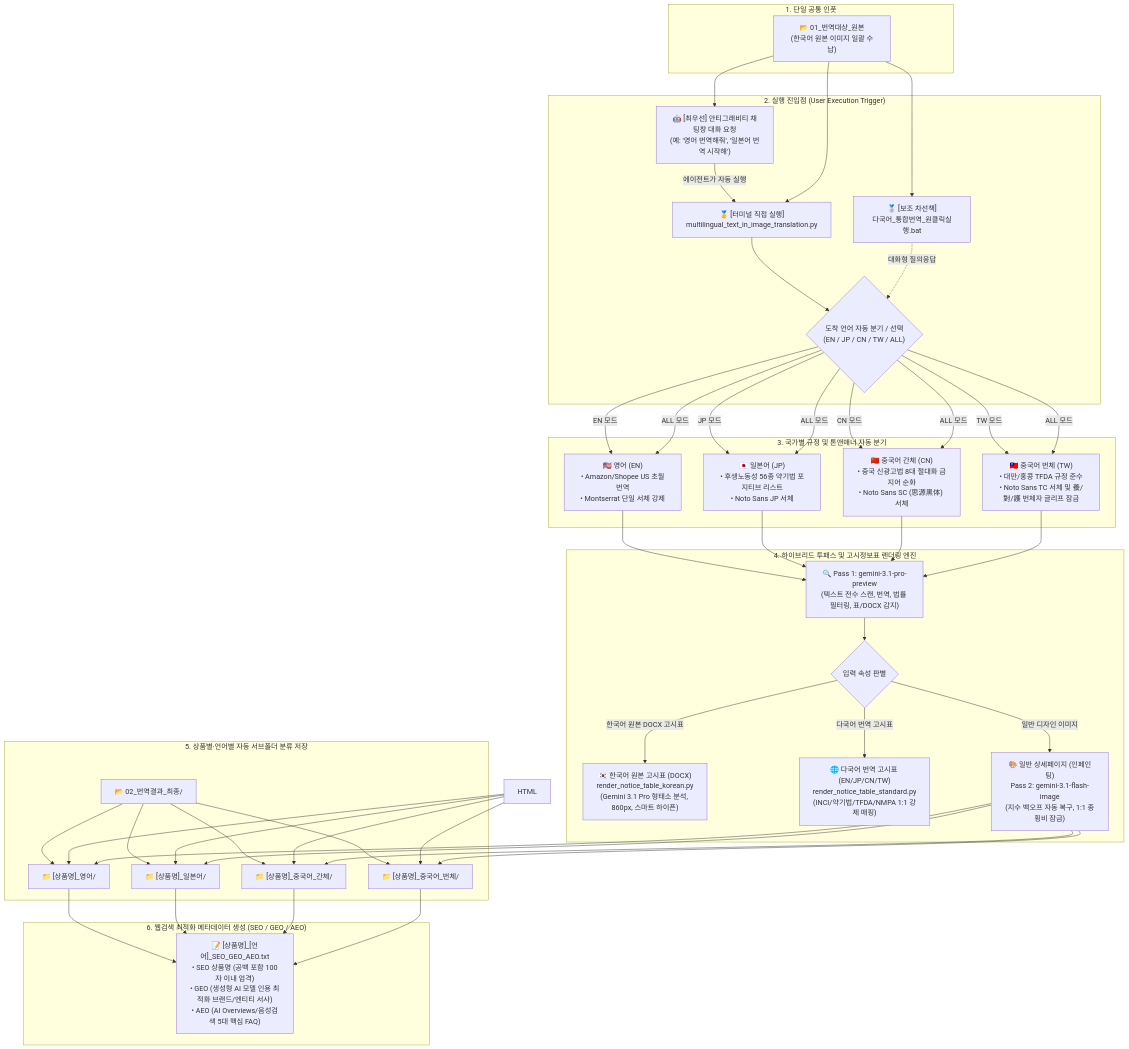
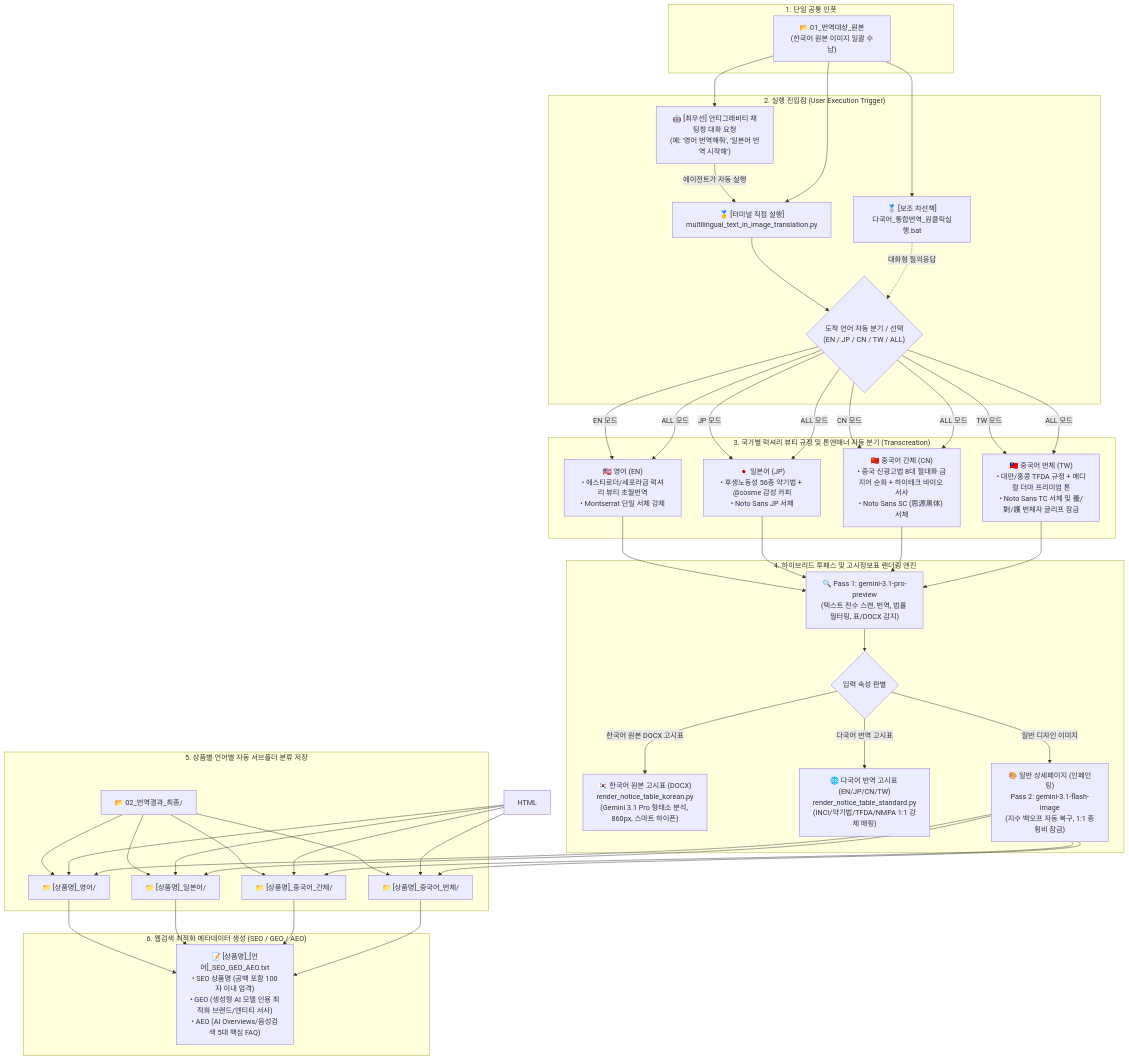
The diagram in multilingual_text_in_image_translation/README.md (euntaewoo/PANDORA), drawn with Mermaid before and after one commit. The commit also changed 6 other files, not shown here.

Commit message:
feat(transcreation): infuse Global Luxury Beauty Transcreation and Compliance architecture across all engines, rules, and tech stacks

````diff
--- a/multilingual_text_in_image_translation/README.md
+++ b/multilingual_text_in_image_translation/README.md
@@ -16,62 +16,62 @@
 ```mermaid
 flowchart TD
     subgraph S1["1. 단일 공통 인풋"]
         IN["📂 01_번역대상_원본<br/>(한국어 원본 이미지 일괄 수납)"]
     end
 
     subgraph S2["2. 실행 진입점 (User Execution Trigger)"]
         AGENT["🤖 [최우선] 안티그래비티 채팅창 대화 요청<br/>(예: '영어 번역해줘', '일본어 번역 시작해')"]
         P_MAIN["🥇 [터미널 직접 실행]<br/>multilingual_text_in_image_translation.py"]
         BAT_SUB["🥈 [보조 차선책]<br/>다국어_통합번역_원클릭실행.bat"]
         
         AGENT -->|에이전트가 자동 실행| P_MAIN
         P_MAIN --> PROMPT{"도착 언어 자동 분기 / 선택<br/>(EN / JP / CN / TW / ALL)"}
         BAT_SUB -.->|대화형 질의응답| PROMPT
     end
 
-    subgraph S3["3. 국가별 규정 및 톤앤매너 자동 분기"]
-        EN["🇺🇸 영어 (EN)<br/>• Amazon/Shopee US 초월번역<br/>• Montserrat 단일 서체 강제"]
-        JP["🇯🇵 일본어 (JP)<br/>• 후생노동성 56종 약기법 포지티브 리스트<br/>• Noto Sans JP 서체"]
-        CN["🇨🇳 중국어 간체 (CN)<br/>• 중국 신광고법 8대 절대화 금지어 순화<br/>• Noto Sans SC (思源黑体) 서체"]
-        TW["🇹🇼 중국어 번체 (TW)<br/>• 대만/홍콩 TFDA 규정 준수<br/>• Noto Sans TC 서체 및 養/對/護 번체자 글리프 잠금"]
+    subgraph S3["3. 국가별 럭셔리 뷰티 규정 및 톤앤매너 자동 분기 (Transcreation)"]
+        EN["🇺🇸 영어 (EN)<br/>• 에스티로더/세포라급 럭셔리 뷰티 초월번역<br/>• Montserrat 단일 서체 강제"]
+        JP["🇯🇵 일본어 (JP)<br/>• 후생노동성 56종 약기법 + @cosme 감성 카피<br/>• Noto Sans JP 서체"]
+        CN["🇨🇳 중국어 간체 (CN)<br/>• 중국 신광고법 8대 절대화 금지어 순화 + 하이테크 바이오 서사<br/>• Noto Sans SC (思源黑体) 서체"]
+        TW["🇹🇼 중국어 번체 (TW)<br/>• 대만/홍콩 TFDA 규정 + 메디컬 더마 프리미엄 톤<br/>• Noto Sans TC 서체 및 養/對/護 번체자 글리프 잠금"]
     end
 
     subgraph S4["4. 하이브리드 투패스 및 고시정보표 렌더링 엔진"]
         P1["🔍 Pass 1: gemini-3.1-pro-preview<br/>(텍스트 전수 스캔, 번역, 법률 필터링, 표/DOCX 감지)"]
         DECIDE{"입력 속성 판별"}
         
         HTML_KR["🇰🇷 한국어 원본 고시표 (DOCX)<br/>render_notice_table_korean.py<br/>(Gemini 3.1 Pro 형태소 분석, 860px, 스마트 하이픈)"]
         HTML_MULTI["🌐 다국어 번역 고시표 (EN/JP/CN/TW)<br/>render_notice_table_standard.py<br/>(INCI/약기법/TFDA/NMPA 1:1 강제 매핑)"]
         P2["🎨 일반 상세페이지 (인페인팅)<br/>Pass 2: gemini-3.1-flash-image<br/>(지수 백오프 자동 복구, 1:1 종횡비 잠금)"]
         
         P1 --> DECIDE
         DECIDE -->|한국어 원본 DOCX 고시표| HTML_KR
         DECIDE -->|다국어 번역 고시표| HTML_MULTI
         DECIDE -->|일반 디자인 이미지| P2
     end
 
     subgraph S5["5. 상품별·언어별 자동 서브폴더 분류 저장"]
         OUT["📂 02_번역결과_최종/"]
         OUT1["📁 [상품명]_영어/"]
         OUT2["📁 [상품명]_일본어/"]
         OUT3["📁 [상품명]_중국어_간체/"]
         OUT4["📁 [상품명]_중국어_번체/"]
         
         OUT --> OUT1 & OUT2 & OUT3 & OUT4
     end
 
     subgraph S6["6. 웹검색 최적화 메타데이터 생성 (SEO / GEO / AEO)"]
         TXT["📝 [상품명]_[언어]_SEO_GEO_AEO.txt<br/>• SEO 상품명 (공백 포함 100자 이내 엄격)<br/>• GEO (생성형 AI 모델 인용 최적화 브랜드/엔티티 서사)<br/>• AEO (AI Overviews/음성검색 5대 핵심 FAQ)"]
         OUT1 & OUT2 & OUT3 & OUT4 --> TXT
     end
 
     IN --> AGENT & P_MAIN & BAT_SUB
     PROMPT -->|EN 모드| EN
     PROMPT -->|JP 모드| JP
     PROMPT -->|CN 모드| CN
     PROMPT -->|TW 모드| TW
     PROMPT -->|ALL 모드| EN & JP & CN & TW
 
     EN & JP & CN & TW --> P1
     HTML & P2 --> OUT1 & OUT2 & OUT3 & OUT4
 ```
````
